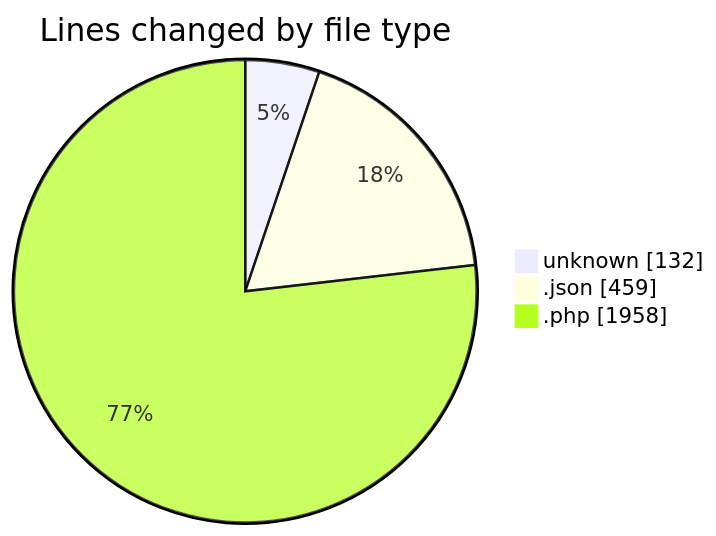
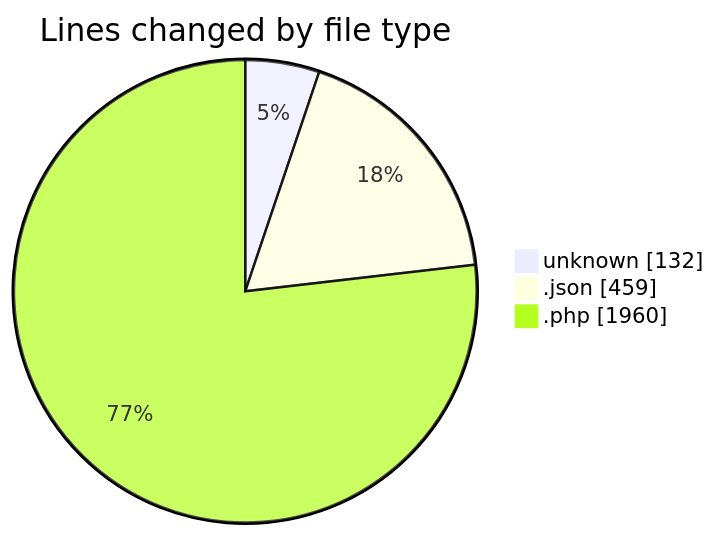
Before and after one commit to idhammustaqopulfikri/code-tracking: the first of 2 diagrams in 2025-03-26/autodidak/README.md, drawn with Mermaid. The commit also changed other lines of this file and 1 other file, not shown here.

````diff
--- a/2025-03-26/autodidak/README.md
+++ b/2025-03-26/autodidak/README.md
@@ -33,7 +33,7 @@
 ```mermaid
 pie showData
 title Lines changed by file type
 "unknown" : 132
 ".json" : 459
-".php" : 1958
+".php" : 1960
 ```
````
